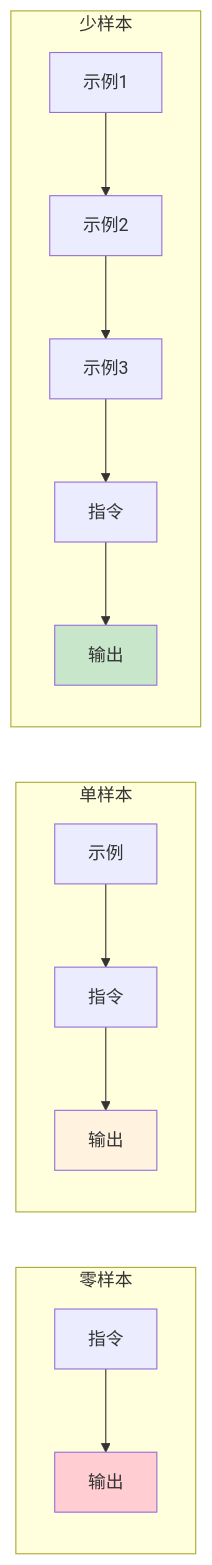
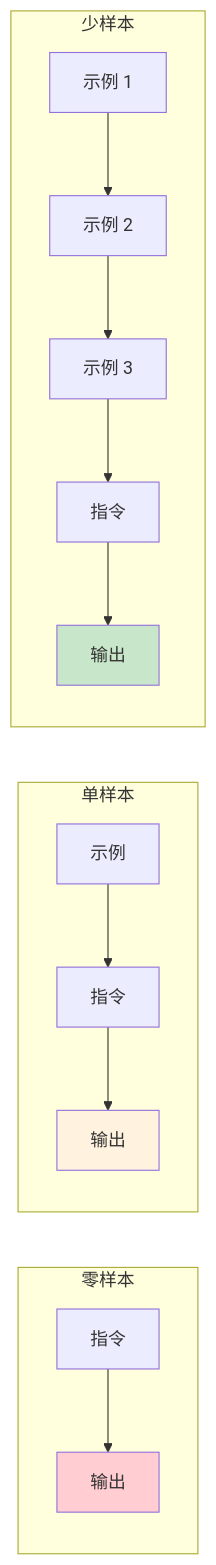
One commit to changsongyang/prompt_engineering_guide changed the diagram in 05_few_shot/5.1_zero_shot_few_shot.md. Above: the diagram before and after it, drawn with Mermaid. The commit also changed other lines of this file and 61 other files, not shown here.

````diff
--- a/05_few_shot/5.1_zero_shot_few_shot.md
+++ b/05_few_shot/5.1_zero_shot_few_shot.md
@@ -130,22 +130,22 @@
 ```mermaid
 flowchart LR
     subgraph ZeroShot["零样本"]
         A1["指令"] --> B1["输出"]
     end
     
     subgraph OneShot["单样本"]
         A2["示例"] --> B2["指令"]
         B2 --> C2["输出"]
     end
     
     subgraph FewShot["少样本"]
-        A3["示例1"] --> B3["示例2"]
-        B3 --> C3["示例3"]
+        A3["示例 1"] --> B3["示例 2"]
+        B3 --> C3["示例 3"]
         C3 --> D3["指令"]
         D3 --> E3["输出"]
     end
     
     style B1 fill:#ffcdd2
     style C2 fill:#fff3e0
     style E3 fill:#c8e6c9
 ```
````
